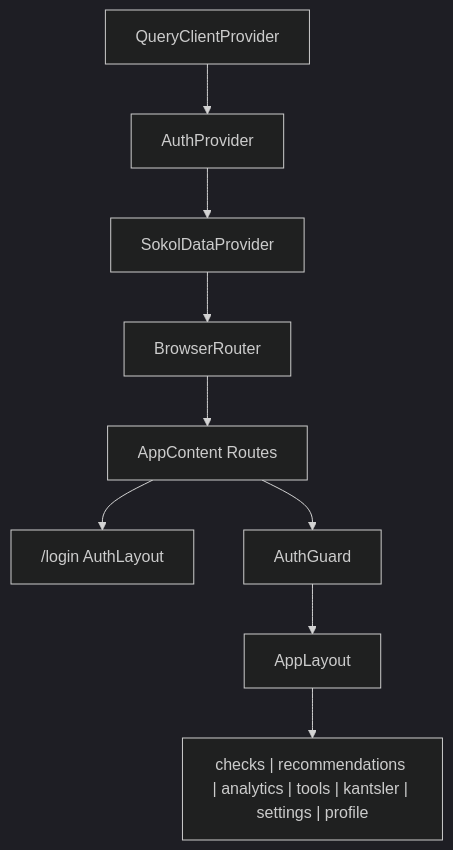
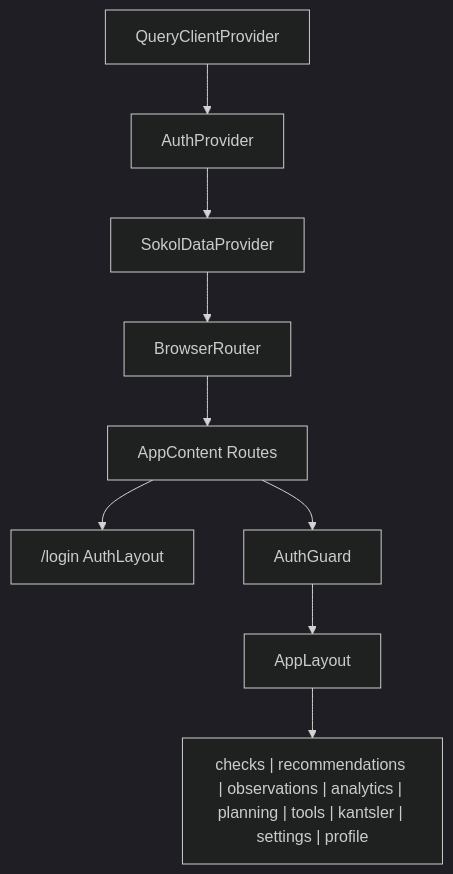
Before and after one commit to sweetd0vee/sokol: the first of 7 diagrams in sokol-frontend/docs/ARCHITECTURE.md, drawn with Mermaid (dark theme). The commit also changed other lines of this file and 13 other files, not shown here.

````diff
--- a/sokol-frontend/docs/ARCHITECTURE.md
+++ b/sokol-frontend/docs/ARCHITECTURE.md
@@ -35,15 +37,15 @@
 ```mermaid
 flowchart TB
   QC[QueryClientProvider]
   AP[AuthProvider]
   SD[SokolDataProvider]
   BR[BrowserRouter]
   AC[AppContent Routes]
 
   QC --> AP --> SD --> BR --> AC
 
   AC --> Login["/login AuthLayout"]
   AC --> Guard[AuthGuard]
   Guard --> Layout[AppLayout]
-  Layout --> Pages["checks | recommendations | analytics | tools | kantsler | settings | profile"]
+  Layout --> Pages["checks | recommendations | observations | analytics | planning | tools | kantsler | settings | profile"]
 ```
````
